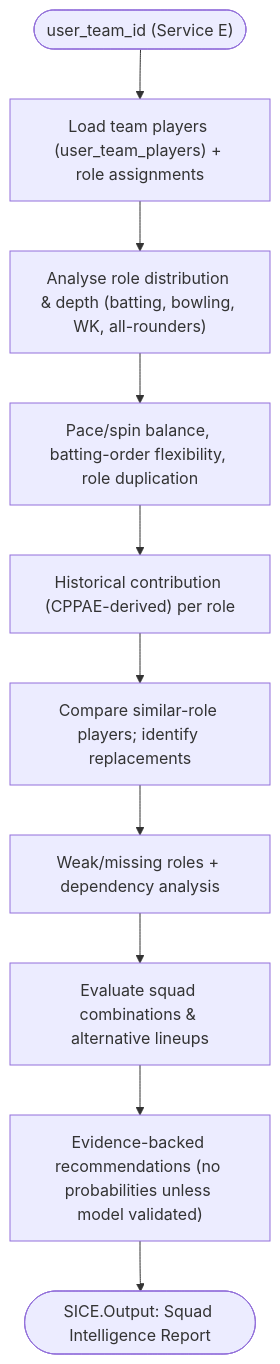
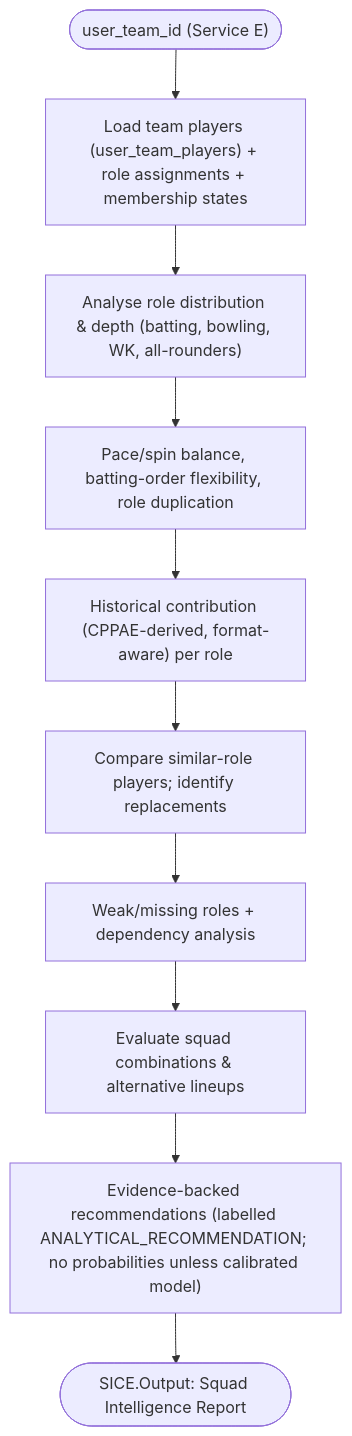
One commit to Subhadip-Paul2006/IPL_Team changed the eighth of 10 diagrams in docs/ARCHITECTURE.md. Above: the diagram before and after it, drawn with Mermaid. The commit also changed other lines of this file, not shown here.

````diff
--- a/docs/ARCHITECTURE.md
+++ b/docs/ARCHITECTURE.md
@@ -318,12 +353,12 @@
 ```mermaid
 flowchart TD
-    T(["user_team_id (Service E)"]) --> Load["Load team players (user_team_players) + role assignments"]
+    T(["user_team_id (Service E)"]) --> Load["Load team players (user_team_players) + role assignments + membership states"]
     Load --> Roles["Analyse role distribution & depth (batting, bowling, WK, all-rounders)"]
     Roles --> Balance["Pace/spin balance, batting-order flexibility, role duplication"]
-    Balance --> History["Historical contribution (CPPAE-derived) per role"]
+    Balance --> History["Historical contribution (CPPAE-derived, format-aware) per role"]
     History --> Compare["Compare similar-role players; identify replacements"]
     Compare --> Gaps["Weak/missing roles + dependency analysis"]
     Gaps --> Combos["Evaluate squad combinations & alternative lineups"]
-    Combos --> Recs["Evidence-backed recommendations (no probabilities unless model validated)"]
+    Combos --> Recs["Evidence-backed recommendations (labelled ANALYTICAL_RECOMMENDATION; no probabilities unless calibrated model)"]
     Recs --> Out(["SICE.Output: Squad Intelligence Report"])
 ```
````
